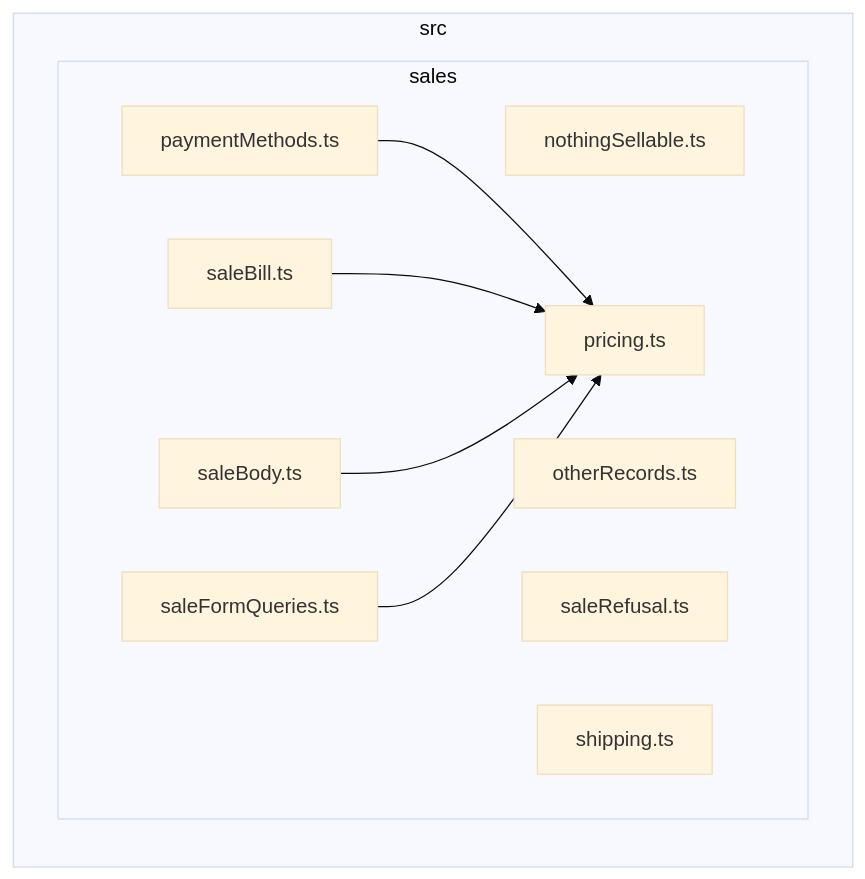
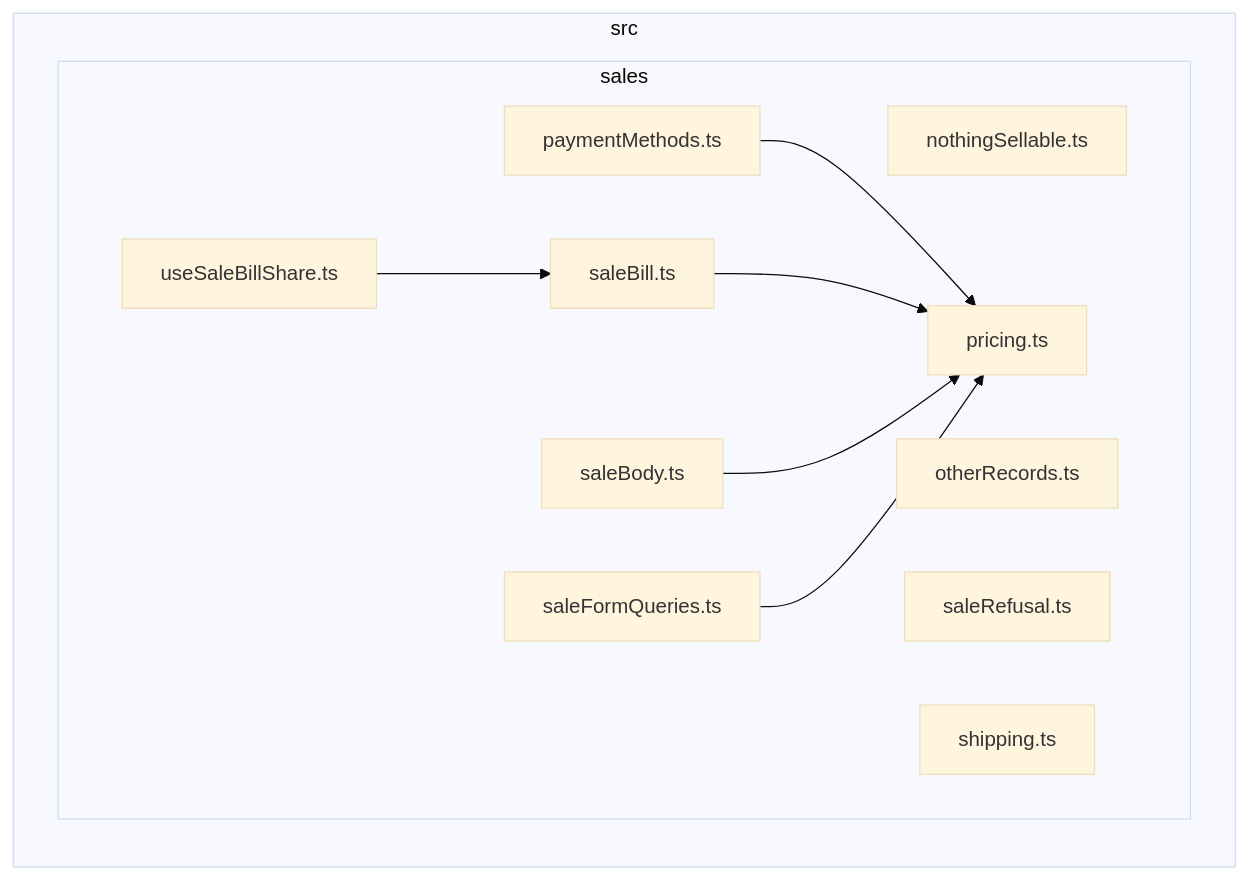
The diagram in docs/architecture/generated/front-modules/sales.md (GonzaloZevallos/apostrophe), drawn with Mermaid (base theme) before and after one commit. The commit also changed 1 other file, not shown here.

Commit message:
chore(docs): regenerate [skip ci]

````diff
--- a/docs/architecture/generated/front-modules/sales.md
+++ b/docs/architecture/generated/front-modules/sales.md
@@ -7,20 +7,22 @@
 ```mermaid
 flowchart LR
 subgraph src["src"]
   subgraph src_sales["sales"]
     src_sales_nothingSellable_ts["nothingSellable.ts"]
     src_sales_otherRecords_ts["otherRecords.ts"]
     src_sales_paymentMethods_ts["paymentMethods.ts"]
     src_sales_pricing_ts["pricing.ts"]
     src_sales_saleBill_ts["saleBill.ts"]
     src_sales_saleBody_ts["saleBody.ts"]
     src_sales_saleFormQueries_ts["saleFormQueries.ts"]
     src_sales_saleRefusal_ts["saleRefusal.ts"]
     src_sales_shipping_ts["shipping.ts"]
+    src_sales_useSaleBillShare_ts["useSaleBillShare.ts"]
   end
 end
 src_sales_paymentMethods_ts-->src_sales_pricing_ts
 src_sales_saleBill_ts-->src_sales_pricing_ts
 src_sales_saleBody_ts-->src_sales_pricing_ts
 src_sales_saleFormQueries_ts-->src_sales_pricing_ts
+src_sales_useSaleBillShare_ts-->src_sales_saleBill_ts
 ```
````
